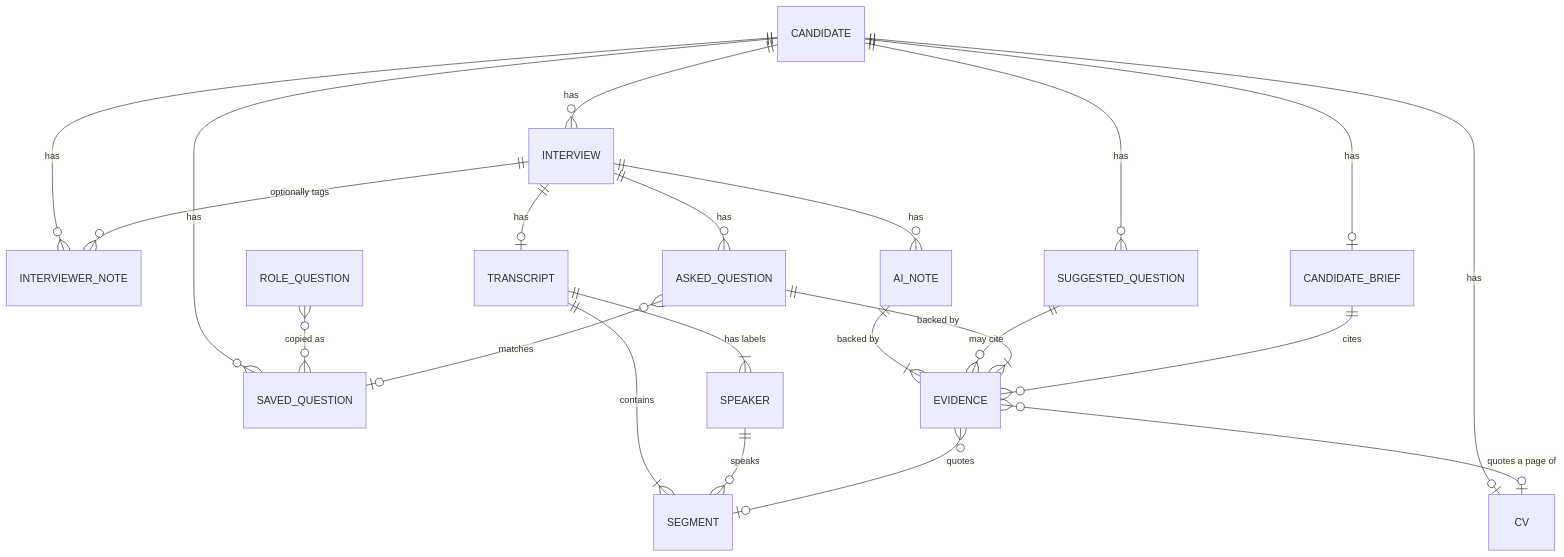
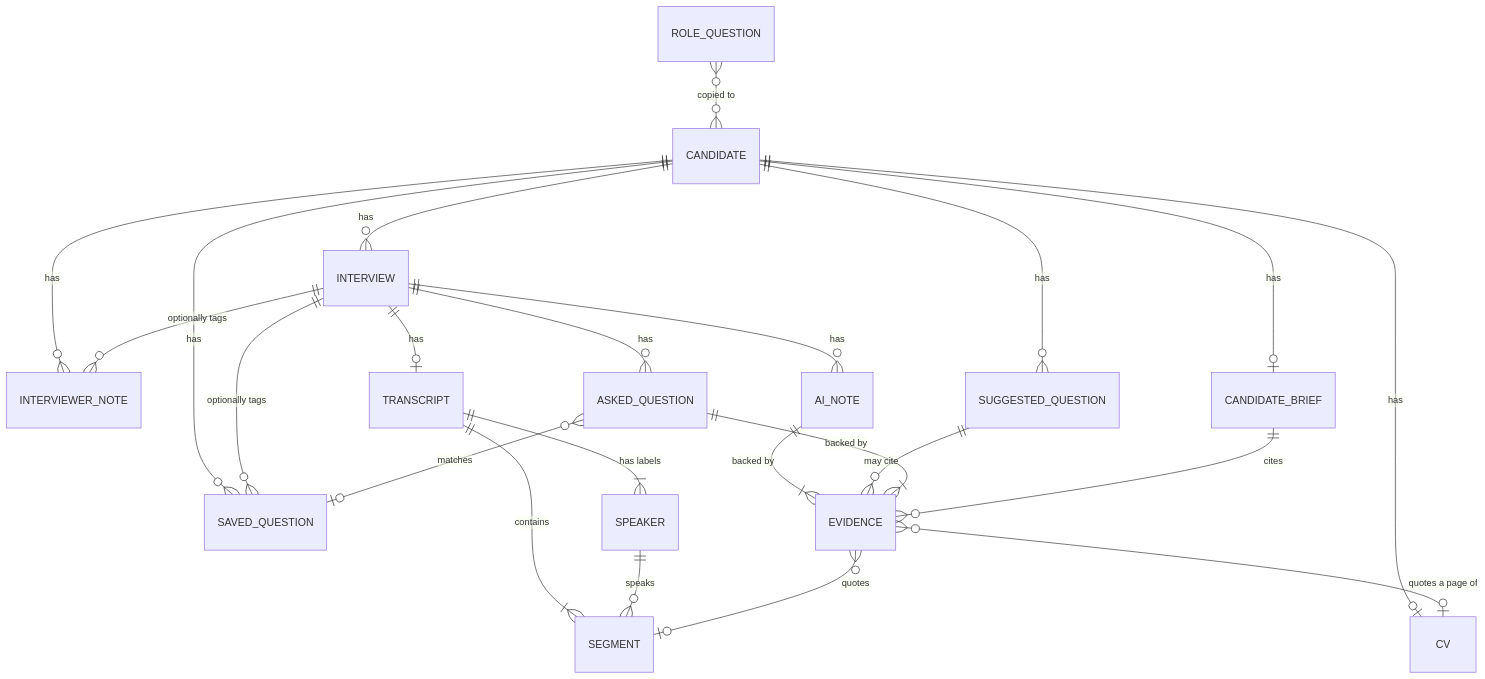
The second of 2 diagrams in docs/architecture.md (GDenizKaratas/interview-companion), drawn with Mermaid before and after one commit. The commit also changed other lines of this file and 5 other files, not shown here.

Commit message:
Address review: glossary terms, accurate Speaker Mapping and brief claims, diagrams match the schema

````diff
--- a/docs/architecture.md
+++ b/docs/architecture.md
@@ -58,24 +58,25 @@
 ```mermaid
 erDiagram
     CANDIDATE ||--o| CV : has
     CANDIDATE ||--o{ INTERVIEW : has
     CANDIDATE ||--o{ INTERVIEWER_NOTE : has
     CANDIDATE ||--o{ SAVED_QUESTION : has
     CANDIDATE ||--o{ SUGGESTED_QUESTION : has
     CANDIDATE ||--o| CANDIDATE_BRIEF : has
-    ROLE_QUESTION }o--o{ SAVED_QUESTION : "copied as"
+    ROLE_QUESTION }o--o{ CANDIDATE : "copied to"
     INTERVIEW ||--o| TRANSCRIPT : has
     INTERVIEW ||--o{ INTERVIEWER_NOTE : "optionally tags"
+    INTERVIEW ||--o{ SAVED_QUESTION : "optionally tags"
     TRANSCRIPT ||--|{ SEGMENT : contains
     TRANSCRIPT ||--|{ SPEAKER : "has labels"
     SPEAKER ||--o{ SEGMENT : speaks
     INTERVIEW ||--o{ AI_NOTE : has
     INTERVIEW ||--o{ ASKED_QUESTION : has
     ASKED_QUESTION }o--o| SAVED_QUESTION : "matches"
     AI_NOTE ||--|{ EVIDENCE : "backed by"
     SUGGESTED_QUESTION ||--o{ EVIDENCE : "may cite"
     ASKED_QUESTION ||--|{ EVIDENCE : "backed by"
     CANDIDATE_BRIEF ||--o{ EVIDENCE : "cites"
     EVIDENCE }o--o| SEGMENT : "quotes"
     EVIDENCE }o--o| CV : "quotes a page of"
 ```
````
